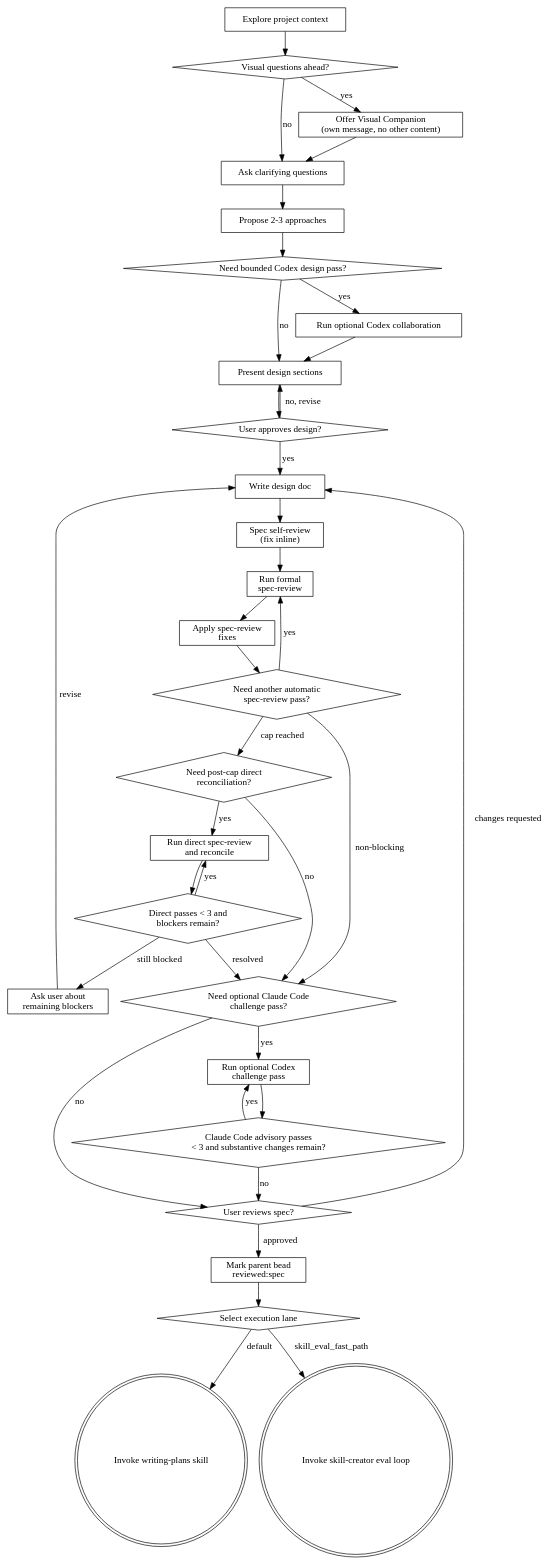
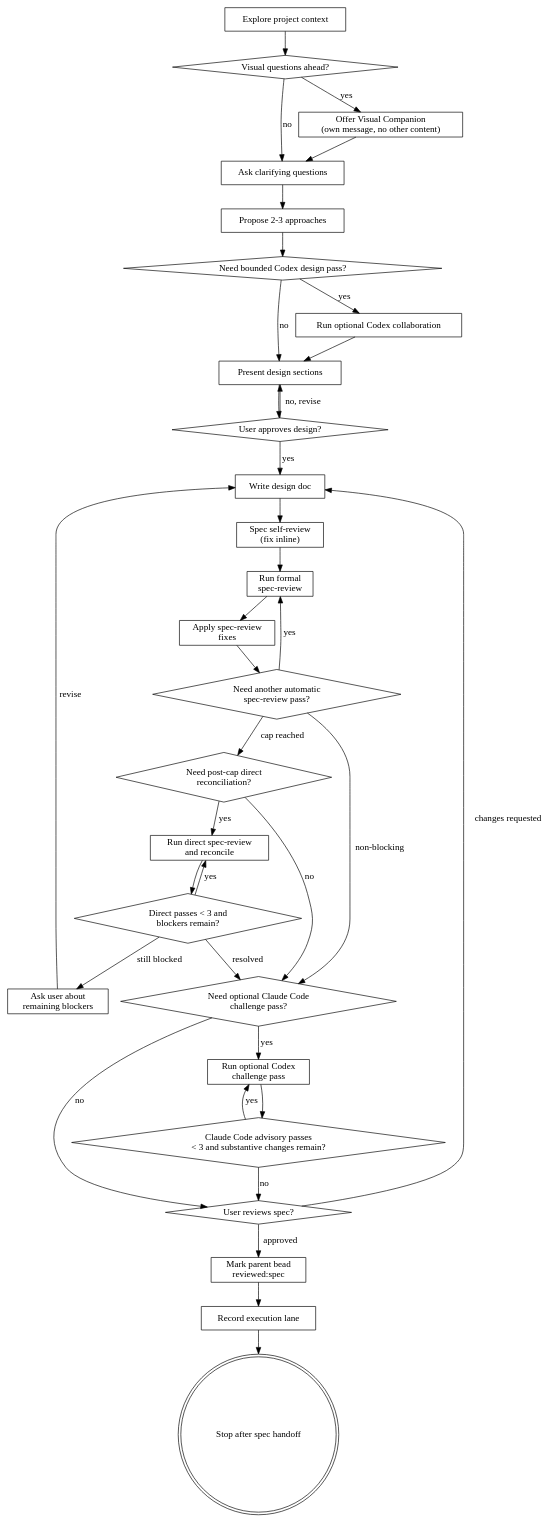
The diagram in skills/brainstorming/SKILL.md (nakkulla/superpowers), drawn with Graphviz before and after one commit. The commit also changed other lines of this file and 1 other file, not shown here.

Commit message:
brainstorming spec 리뷰 SHA 기록 (#6)

````diff
--- a/skills/brainstorming/SKILL.md
+++ b/skills/brainstorming/SKILL.md
@@ -133,67 +137,65 @@
 ```dot
 digraph brainstorming {
     "Explore project context" [shape=box];
     "Visual questions ahead?" [shape=diamond];
     "Offer Visual Companion\n(own message, no other content)" [shape=box];
     "Ask clarifying questions" [shape=box];
     "Propose 2-3 approaches" [shape=box];
     "Need bounded Codex design pass?" [shape=diamond];
     "Run optional Codex collaboration" [shape=box];
     "Present design sections" [shape=box];
     "User approves design?" [shape=diamond];
     "Write design doc" [shape=box];
     "Spec self-review\n(fix inline)" [shape=box];
     "Run formal\nspec-review" [shape=box];
     "Apply spec-review\nfixes" [shape=box];
     "Need another automatic\nspec-review pass?" [shape=diamond];
     "Need post-cap direct\nreconciliation?" [shape=diamond];
     "Run direct spec-review\nand reconcile" [shape=box];
     "Direct passes < 3 and\nblockers remain?" [shape=diamond];
     "Ask user about\nremaining blockers" [shape=box];
     "Need optional Claude Code\nchallenge pass?" [shape=diamond];
     "Run optional Codex\nchallenge pass" [shape=box];
     "Claude Code advisory passes\n< 3 and substantive changes remain?" [shape=diamond];
     "User reviews spec?" [shape=diamond];
     "Mark parent bead\nreviewed:spec" [shape=box];
-    "Select execution lane" [shape=diamond];
-    "Invoke writing-plans skill" [shape=doublecircle];
-    "Invoke skill-creator eval loop" [shape=doublecircle];
+    "Record execution lane" [shape=box];
+    "Stop after spec handoff" [shape=doublecircle];
 
     "Explore project context" -> "Visual questions ahead?";
     "Visual questions ahead?" -> "Offer Visual Companion\n(own message, no other content)" [label="yes"];
     "Visual questions ahead?" -> "Ask clarifying questions" [label="no"];
     "Offer Visual Companion\n(own message, no other content)" -> "Ask clarifying questions";
     "Ask clarifying questions" -> "Propose 2-3 approaches";
     "Propose 2-3 approaches" -> "Need bounded Codex design pass?";
     "Need bounded Codex design pass?" -> "Run optional Codex collaboration" [label="yes"];
     "Need bounded Codex design pass?" -> "Present design sections" [label="no"];
     "Run optional Codex collaboration" -> "Present design sections";
     "Present design sections" -> "User approves design?";
     "User approves design?" -> "Present design sections" [label="no, revise"];
     "User approves design?" -> "Write design doc" [label="yes"];
     "Write design doc" -> "Spec self-review\n(fix inline)";
     "Spec self-review\n(fix inline)" -> "Run formal\nspec-review";
     "Run formal\nspec-review" -> "Apply spec-review\nfixes";
     "Apply spec-review\nfixes" -> "Need another automatic\nspec-review pass?";
     "Need another automatic\nspec-review pass?" -> "Run formal\nspec-review" [label="yes"];
     "Need another automatic\nspec-review pass?" -> "Need post-cap direct\nreconciliation?" [label="cap reached"];
     "Need another automatic\nspec-review pass?" -> "Need optional Claude Code\nchallenge pass?" [label="non-blocking"];
     "Need post-cap direct\nreconciliation?" -> "Run direct spec-review\nand reconcile" [label="yes"];
     "Need post-cap direct\nreconciliation?" -> "Need optional Claude Code\nchallenge pass?" [label="no"];
     "Run direct spec-review\nand reconcile" -> "Direct passes < 3 and\nblockers remain?";
     "Direct passes < 3 and\nblockers remain?" -> "Run direct spec-review\nand reconcile" [label="yes"];
     "Direct passes < 3 and\nblockers remain?" -> "Ask user about\nremaining blockers" [label="still blocked"];
     "Direct passes < 3 and\nblockers remain?" -> "Need optional Claude Code\nchallenge pass?" [label="resolved"];
     "Ask user about\nremaining blockers" -> "Write design doc" [label="revise"];
     "Need optional Claude Code\nchallenge pass?" -> "Run optional Codex\nchallenge pass" [label="yes"];
     "Need optional Claude Code\nchallenge pass?" -> "User reviews spec?" [label="no"];
     "Run optional Codex\nchallenge pass" -> "Claude Code advisory passes\n< 3 and substantive changes remain?";
     "Claude Code advisory passes\n< 3 and substantive changes remain?" -> "Run optional Codex\nchallenge pass" [label="yes"];
     "Claude Code advisory passes\n< 3 and substantive changes remain?" -> "User reviews spec?" [label="no"];
     "User reviews spec?" -> "Write design doc" [label="changes requested"];
     "User reviews spec?" -> "Mark parent bead\nreviewed:spec" [label="approved"];
-    "Mark parent bead\nreviewed:spec" -> "Select execution lane";
-    "Select execution lane" -> "Invoke writing-plans skill" [label="default"];
-    "Select execution lane" -> "Invoke skill-creator eval loop" [label="skill_eval_fast_path"];
+    "Mark parent bead\nreviewed:spec" -> "Record execution lane";
+    "Record execution lane" -> "Stop after spec handoff";
 }
 ```
````
